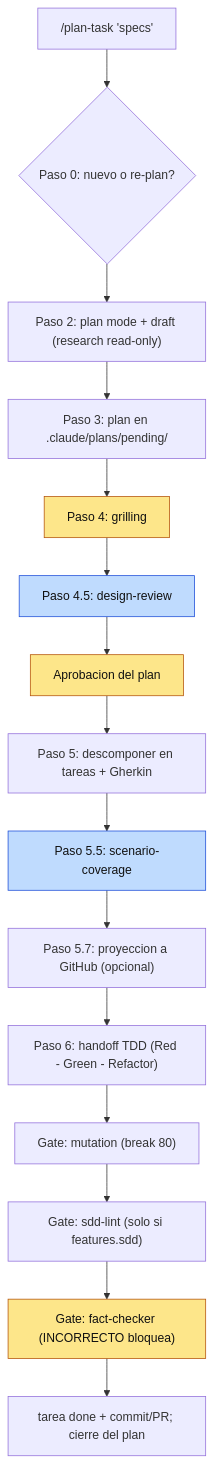
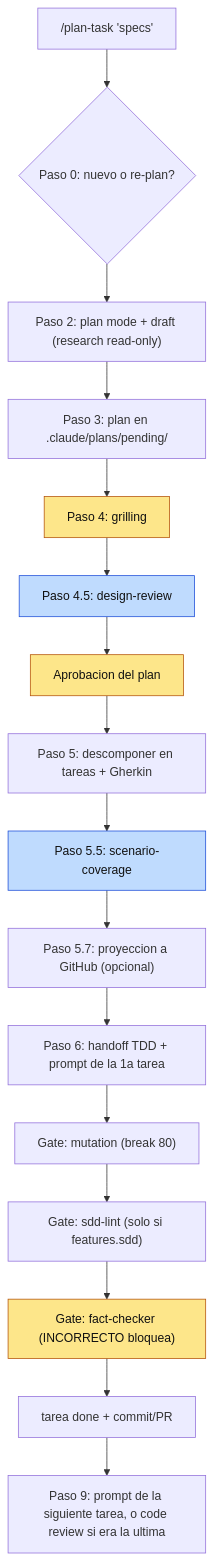
The diagram in task-pipeline/docs/flujo-del-pipeline.md (drossan/claude-plugins), drawn with Mermaid before and after one commit. The commit also changed other lines of this file and 9 other files, not shown here.

Commit message:
feat(plan-task): prompt de arranque automático, code review al cerrar el plan y filtro de preguntas (0.17.0)

````diff
--- a/task-pipeline/docs/flujo-del-pipeline.md
+++ b/task-pipeline/docs/flujo-del-pipeline.md
@@ -20,22 +20,23 @@
 ```mermaid
 flowchart TD
     A["/plan-task 'specs'"] --> P0{"Paso 0: nuevo o re-plan?"}
     P0 --> P2["Paso 2: plan mode + draft (research read-only)"]
     P2 --> P3["Paso 3: plan en .claude/plans/pending/"]
     P3 --> G["Paso 4: grilling"]
     G --> DR["Paso 4.5: design-review"]
     DR --> AP["Aprobacion del plan"]
     AP --> P5["Paso 5: descomponer en tareas + Gherkin"]
     P5 --> SC["Paso 5.5: scenario-coverage"]
     SC --> P57["Paso 5.7: proyeccion a GitHub (opcional)"]
-    P57 --> HO["Paso 6: handoff TDD (Red - Green - Refactor)"]
+    P57 --> HO["Paso 6: handoff TDD + prompt de la 1a tarea"]
     HO --> M["Gate: mutation (break 80)"]
     M --> SL["Gate: sdd-lint (solo si features.sdd)"]
     SL --> FC["Gate: fact-checker (INCORRECTO bloquea)"]
-    FC --> DONE["tarea done + commit/PR; cierre del plan"]
+    FC --> DONE["tarea done + commit/PR"]
+    DONE --> P9["Paso 9: prompt de la siguiente tarea, o code review si era la ultima"]
 
     classDef human fill:#fde68a,stroke:#b45309,color:#111
     classDef agent fill:#bfdbfe,stroke:#1d4ed8,color:#111
     class G,AP,FC human
     class DR,SC agent
 ```
````
